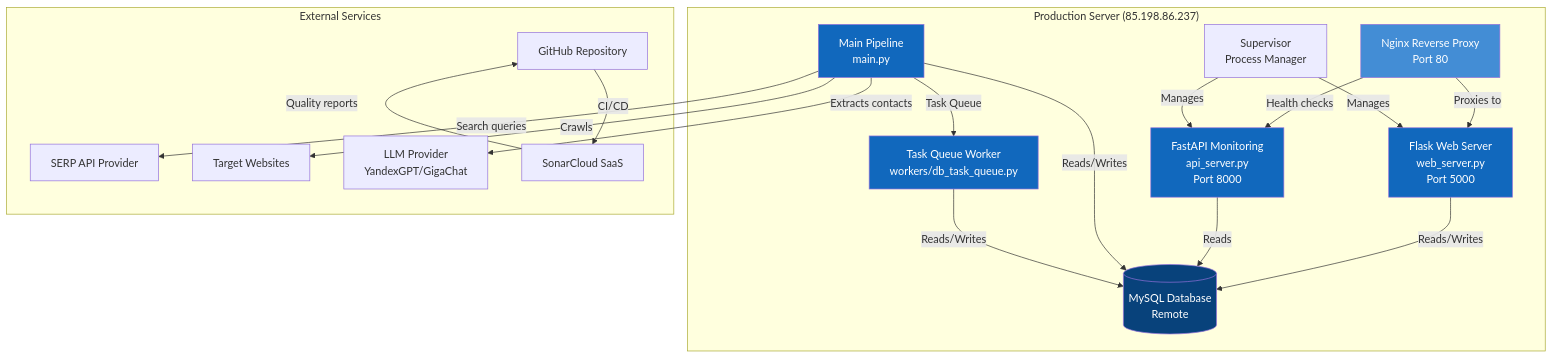
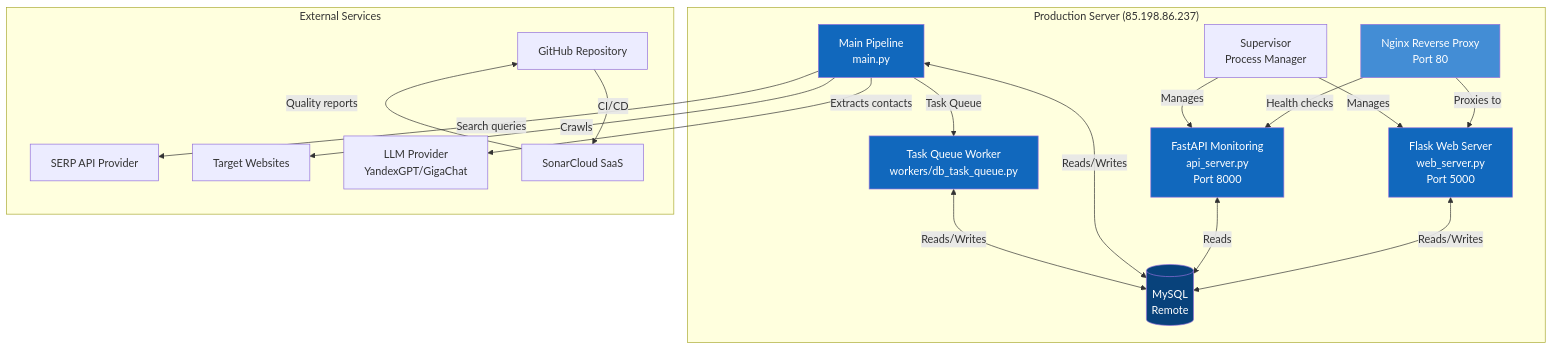
The second of 8 diagrams in doc/C4_ARCHITECTURE.md (hauptmann1971/b2b-contact-miner), drawn with Mermaid before and after one commit. The commit also changed other lines of this file and 1 other file, not shown here.

Commit message:
docs(c4): align diagrams with codebase (MySQL, workers, crawl_logs, export)

````diff
--- a/doc/C4_ARCHITECTURE.md
+++ b/doc/C4_ARCHITECTURE.md
@@ -34,38 +34,38 @@
 ```mermaid
 graph TB
     subgraph "Production Server (85.198.86.237)"
         Nginx[Nginx Reverse Proxy<br/>Port 80] -->|Proxies to| FlaskApp[Flask Web Server<br/>web_server.py<br/>Port 5000]
         Nginx -->|Health checks| FastAPI[FastAPI Monitoring<br/>api_server.py<br/>Port 8000]
         
-        FlaskApp -->|Reads/Writes| MySQL[(MySQL Database<br/>Remote)]
-        FastAPI -->|Reads| MySQL
-        MainPipeline[Main Pipeline<br/>main.py] -->|Reads/Writes| MySQL
+        FlaskApp <-->|Reads/Writes| MySQL[(MySQL<br/>Remote)]
+        FastAPI <-->|Reads| MySQL
+        MainPipeline[Main Pipeline<br/>main.py] <-->|Reads/Writes| MySQL
         MainPipeline -->|Task Queue| TaskQueue[Task Queue Worker<br/>workers/db_task_queue.py]
-        TaskQueue -->|Reads/Writes| MySQL
+        TaskQueue <-->|Reads/Writes| MySQL
         
         Supervisor[Supervisor<br/>Process Manager] -->|Manages| FlaskApp
         Supervisor -->|Manages| FastAPI
     end
     
     subgraph "External Services"
         SERP[SERP API Provider]
         Websites[Target Websites]
         LLM[LLM Provider<br/>YandexGPT/GigaChat]
         GitHub[GitHub Repository]
         SonarCloud[SonarCloud SaaS]
     end
     
     MainPipeline -->|Search queries| SERP
     MainPipeline -->|Crawls| Websites
     MainPipeline -->|Extracts contacts| LLM
     
     GitHub -->|CI/CD| SonarCloud
     SonarCloud -->|Quality reports| GitHub
     
     style FlaskApp fill:#1168bd,color:#fff
     style FastAPI fill:#1168bd,color:#fff
     style MainPipeline fill:#1168bd,color:#fff
     style TaskQueue fill:#1168bd,color:#fff
     style MySQL fill:#08427b,color:#fff
     style Nginx fill:#438dd5,color:#fff
 ```
````
